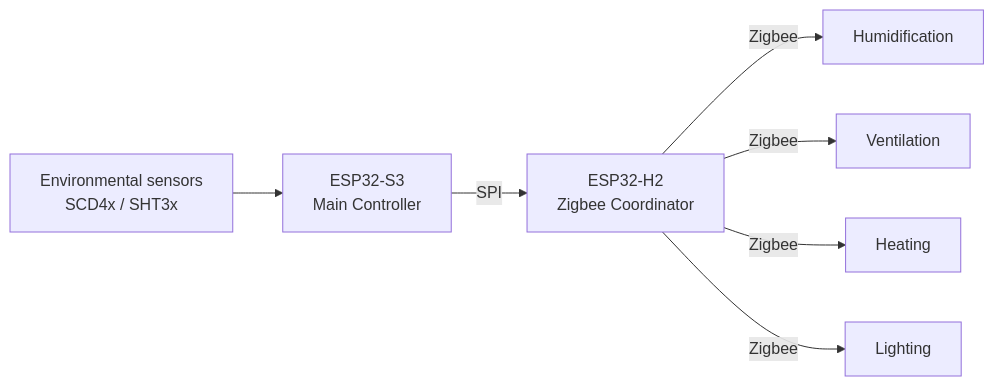
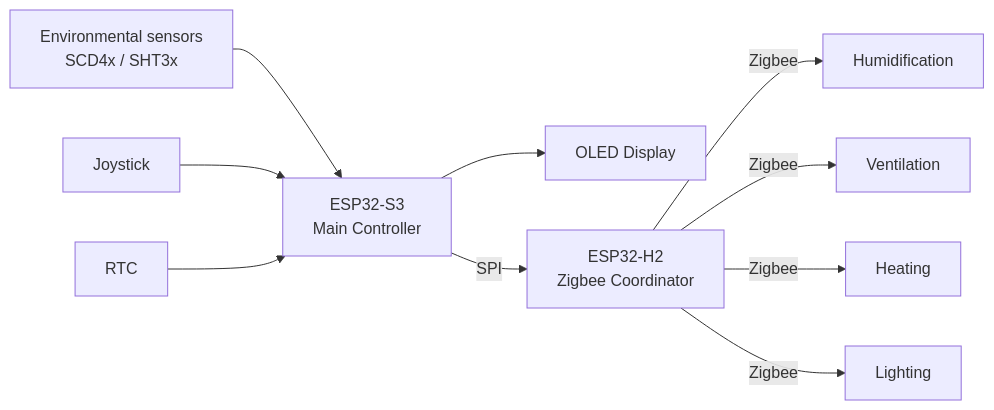
The diagram in README.md (Moffefe/MycoBox), drawn with Mermaid before and after one commit.

Commit message:
docs: complete system architecture diagram

````diff
--- a/README.md
+++ b/README.md
@@ -158,22 +158,28 @@
 ```mermaid
 flowchart LR
     SENSOR["Environmental sensors<br>SCD4x / SHT3x"]
+    JOYSTICK["Joystick"]
+    RTC["RTC"]
 
     S3["ESP32-S3<br>Main Controller"]
+    DISPLAY["OLED Display"]
 
     H2["ESP32-H2<br>Zigbee Coordinator"]
 
     HUM["Humidification"]
     FAN["Ventilation"]
     HEAT["Heating"]
     LIGHT["Lighting"]
 
     SENSOR --> S3
+    JOYSTICK --> S3
+    RTC --> S3
+    S3 --> DISPLAY
 
     S3 -->|SPI| H2
 
     H2 -->|Zigbee| HUM
     H2 -->|Zigbee| FAN
     H2 -->|Zigbee| HEAT
     H2 -->|Zigbee| LIGHT
 ```
````
